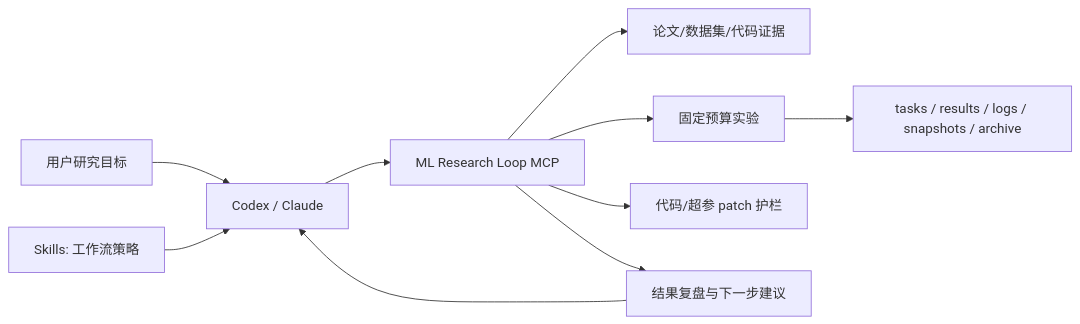
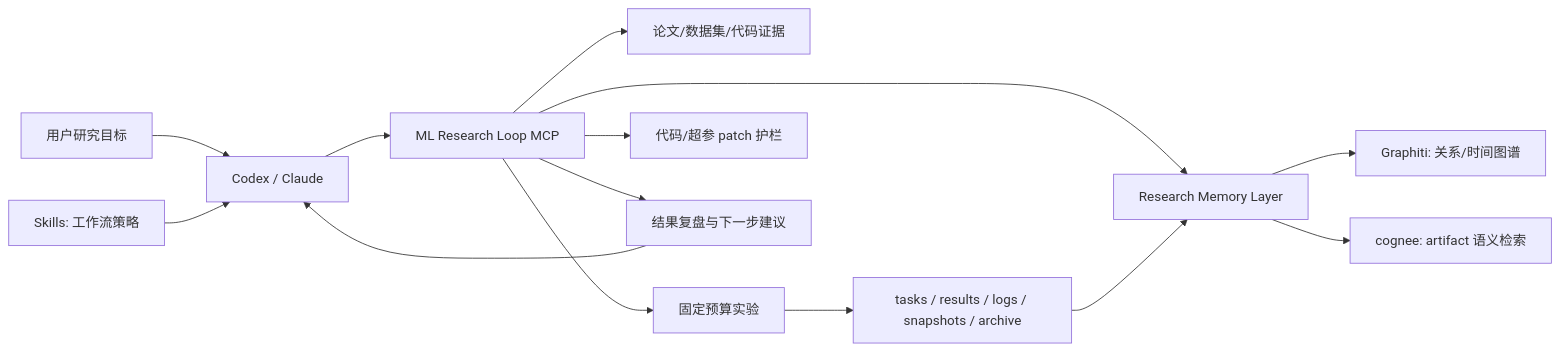
One commit to MagicianDu/ml-research-loop changed the diagram in docs/marketing/one-pager-cn.md. Above: the diagram before and after it, drawn with Mermaid. The commit also changed other lines of this file and 8 other files, not shown here.

Commit message:
Document research memory layer architecture

````diff
--- a/docs/marketing/one-pager-cn.md
+++ b/docs/marketing/one-pager-cn.md
@@ -21,12 +21,16 @@
 ```mermaid
 flowchart LR
     Goal["用户研究目标"] --> Client["Codex / Claude"]
     Skills["Skills: 工作流策略"] --> Client
     Client --> MCP["ML Research Loop MCP"]
     MCP --> Research["论文/数据集/代码证据"]
     MCP --> Experiments["固定预算实验"]
     MCP --> Patch["代码/超参 patch 护栏"]
     MCP --> Review["结果复盘与下一步建议"]
+    MCP --> Memory["Research Memory Layer"]
+    Memory --> Graphiti["Graphiti: 关系/时间图谱"]
+    Memory --> Cognee["cognee: artifact 语义检索"]
     Experiments --> Artifacts["tasks / results / logs / snapshots / archive"]
+    Artifacts --> Memory
     Review --> Client
 ```
````
